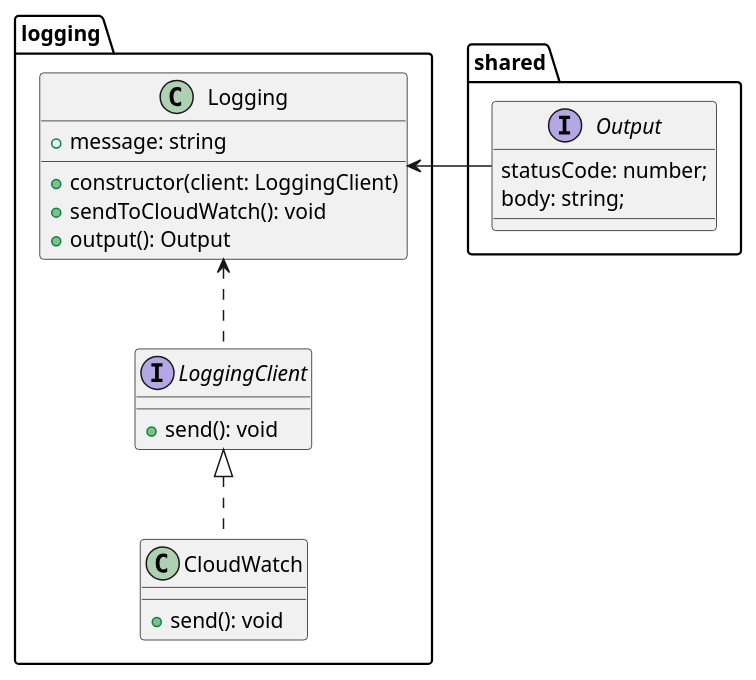
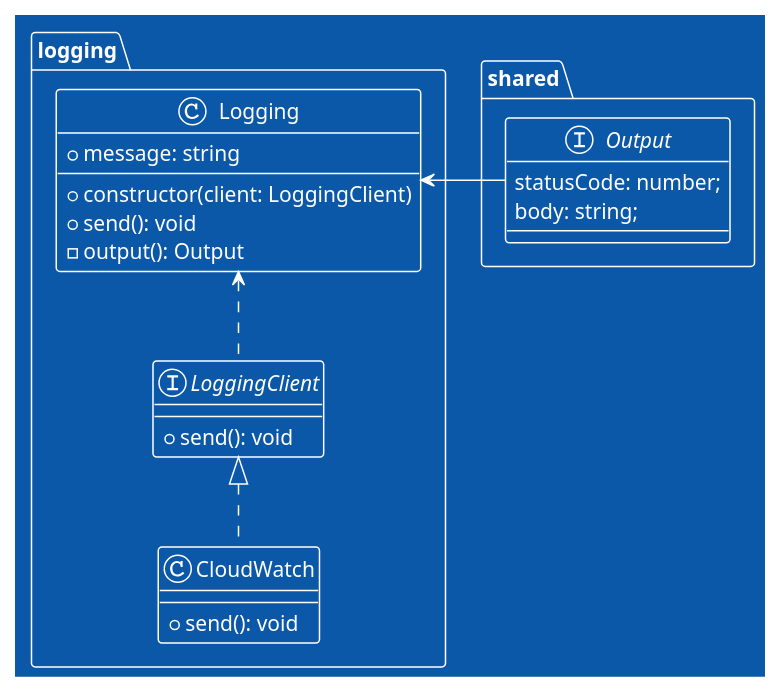
Before and after one commit to cesarkohl/dunderly: the diagram in main.puml, drawn with PlantUML. The commit also changed 3 other files, not shown here.

Commit message:
Improve CloudWatchClient

```diff
--- a/main.puml
+++ b/main.puml
@@ -1,24 +1,26 @@
 @startuml
+!theme amiga
+
 package shared {
     interface Output {
         statusCode: number;
         body: string;
     }
 }
 package logging {
     class Logging {
         + message: string
         + constructor(client: LoggingClient)
-        + sendToCloudWatch(): void
-        + output(): Output
+        + send(): void
+        - output(): Output
     }
     interface LoggingClient {
         + send(): void
     }
     class CloudWatch implements LoggingClient {
         + send(): void
     }
     Logging <.. LoggingClient
     Logging <- Output
 }
 @enduml
```
